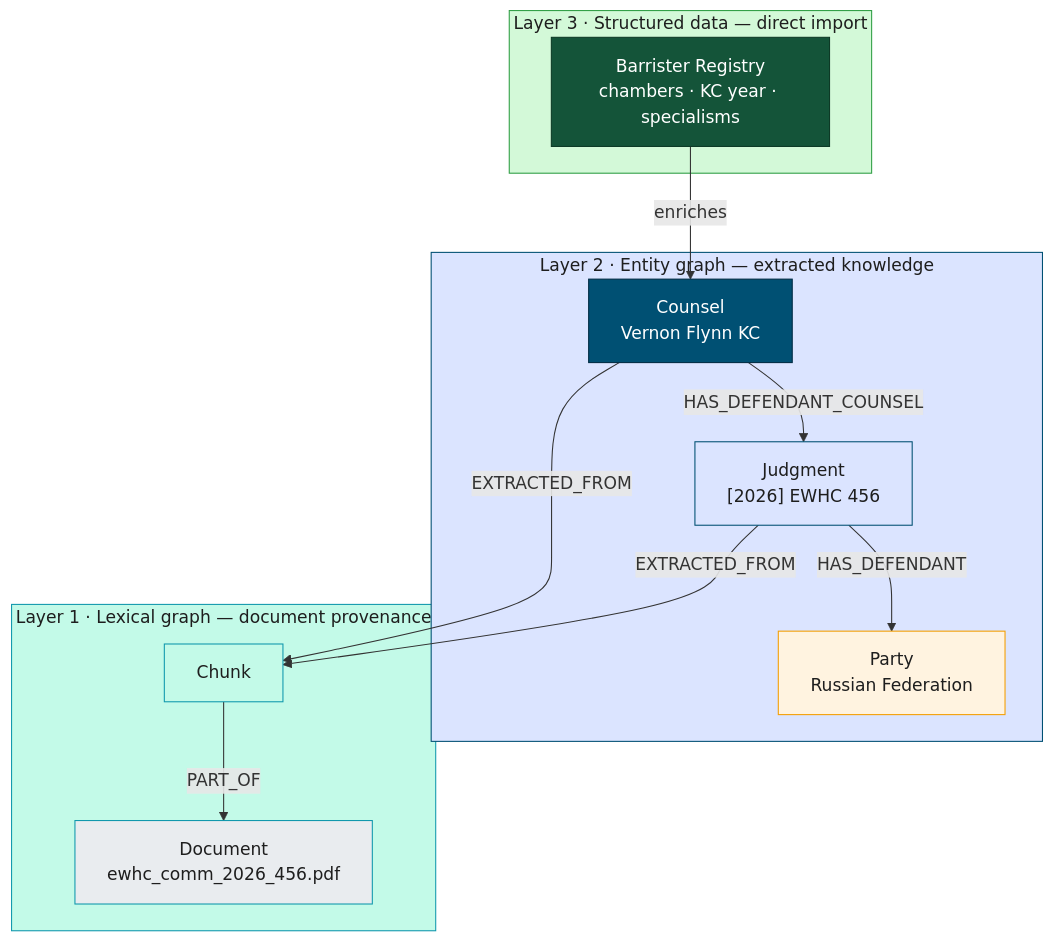
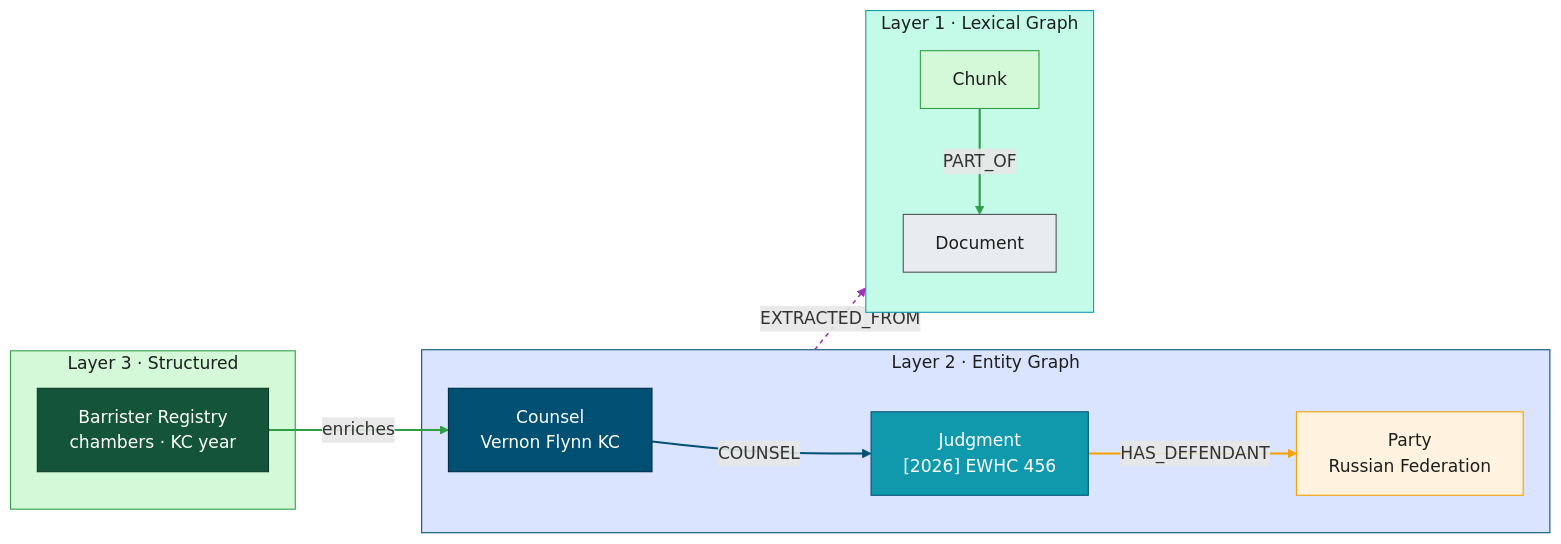
The ninth of 13 diagrams in outputs/Graph_Intelligence_Technical_DeepDive.md (joy-neo4j/graph-intelligence-agent), drawn with Mermaid before and after one commit. The commit also changed other lines of this file and 1 other file, not shown here.

````diff
--- a/outputs/Graph_Intelligence_Technical_DeepDive.md
+++ b/outputs/Graph_Intelligence_Technical_DeepDive.md
@@ -535,25 +592,29 @@
 ```mermaid
-graph TD
-    subgraph S["Layer 3 · Structured data — direct import"]
-        SR["Barrister Registry<br/>chambers · KC year · specialisms"]
+graph LR
+    subgraph S["Layer 3 · Structured"]
+        SR["Barrister Registry<br/>chambers · KC year"]
     end
-    subgraph E["Layer 2 · Entity graph — extracted knowledge"]
-        Counsel["Counsel<br/>Vernon Flynn KC"] -->|HAS_DEFENDANT_COUNSEL| Judgment["Judgment<br/>[2026] EWHC 456"]
-        Judgment -->|HAS_DEFENDANT| Party["Party<br/>Russian Federation"]
+    subgraph E["Layer 2 · Entity Graph"]
+        Counsel["Counsel<br/>Vernon Flynn KC"] -->|"COUNSEL"| Judgment["Judgment<br/>[2026] EWHC 456"]
+        Judgment -->|"HAS_DEFENDANT"| Party["Party<br/>Russian Federation"]
     end
-    subgraph L["Layer 1 · Lexical graph — document provenance"]
-        C["Chunk"] -->|PART_OF| Doc["Document<br/>ewhc_comm_2026_456.pdf"]
+    subgraph L["Layer 1 · Lexical Graph"]
+        C["Chunk"] -->|"PART_OF"| Doc["Document"]
     end
-    SR -->|enriches| Counsel
-    Counsel -->|EXTRACTED_FROM| C
-    Judgment -->|EXTRACTED_FROM| C
+    SR -->|"enriches"| Counsel
+    E -. "EXTRACTED_FROM" .-> L
     style S fill:#d3f9d8,stroke:#2f9e44,color:#1e1e1e
     style E fill:#dbe4ff,stroke:#005073,color:#1e1e1e
     style L fill:#c3fae8,stroke:#1098ad,color:#1e1e1e
     style SR fill:#145439,stroke:#0d3a26,color:#fff
     style Counsel fill:#005073,stroke:#002B43,color:#fff
-    style Judgment fill:#dbe4ff,stroke:#005073,color:#1e1e1e
+    style Judgment fill:#1098ad,stroke:#005073,color:#fff
     style Party fill:#fff3e0,stroke:#f59f00,color:#1e1e1e
-    style C fill:#c3fae8,stroke:#1098ad,color:#1e1e1e
-    style Doc fill:#e9ecef,stroke:#1098ad,color:#1e1e1e
+    style C fill:#d3f9d8,stroke:#2f9e44,color:#1e1e1e
+    style Doc fill:#e9ecef,stroke:#495057,color:#1e1e1e
+    linkStyle 0 stroke:#005073,stroke-width:2px
+    linkStyle 1 stroke:#f59f00,stroke-width:2px
+    linkStyle 2 stroke:#2f9e44,stroke-width:2px
+    linkStyle 3 stroke:#2f9e44,stroke-width:2px
+    linkStyle 4 stroke:#9c36b5,stroke-width:1.5px,stroke-dasharray:4
 ```
````
